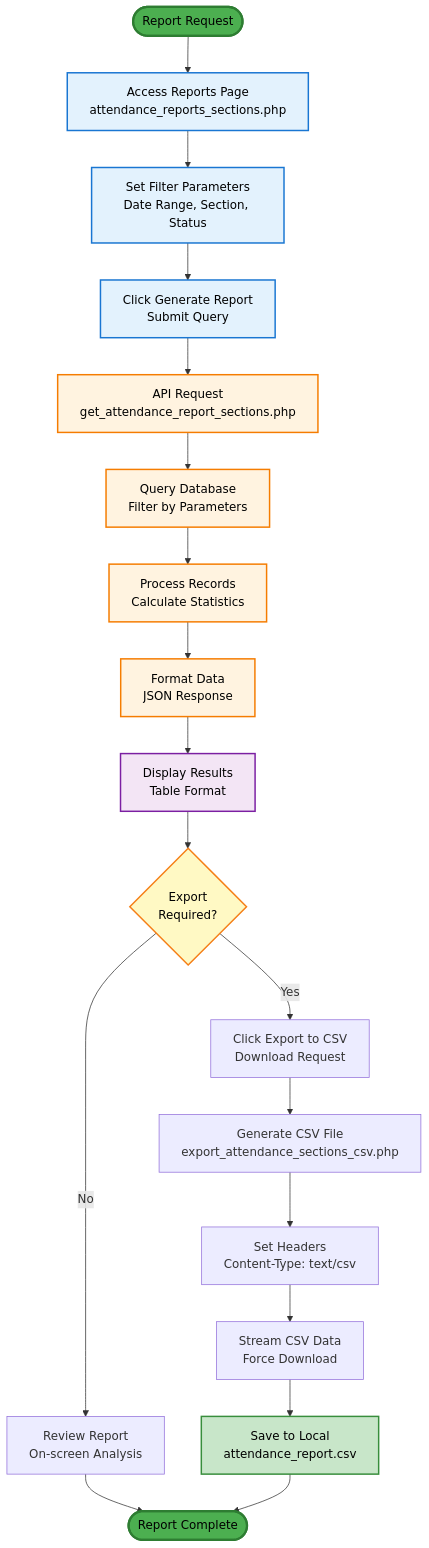
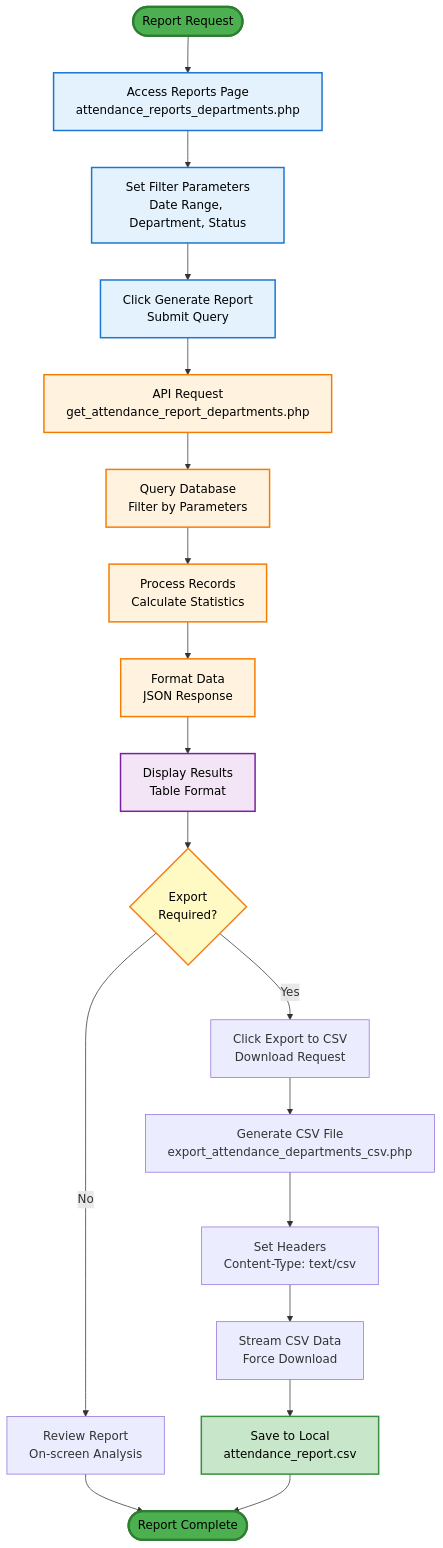
The sixth of 8 diagrams in GENERAL_PROCEDURE_FLOWCHART.md (TsmHabib03/EAT), drawn with Mermaid before and after one commit. The commit also changed other lines of this file and 64 other files, not shown here.

````diff
--- a/GENERAL_PROCEDURE_FLOWCHART.md
+++ b/GENERAL_PROCEDURE_FLOWCHART.md
@@ -267,47 +267,47 @@
 ```mermaid
 flowchart TD
-    Start([Report Request]) --> A[Access Reports Page<br/>attendance_reports_sections.php]
+    Start([Report Request]) --> A[Access Reports Page<br/>attendance_reports_departments.php]
     
-    A --> B[Set Filter Parameters<br/>Date Range, Section, Status]
+    A --> B[Set Filter Parameters<br/>Date Range, Department, Status]
     
     B --> C[Click Generate Report<br/>Submit Query]
     
-    C --> D[API Request<br/>get_attendance_report_sections.php]
+    C --> D[API Request<br/>get_attendance_report_departments.php]
     
     D --> E[Query Database<br/>Filter by Parameters]
     
     E --> F[Process Records<br/>Calculate Statistics]
     
     F --> G[Format Data<br/>JSON Response]
     
     G --> H[Display Results<br/>Table Format]
     
     H --> I{Export<br/>Required?}
     
     I -->|No| J[Review Report<br/>On-screen Analysis]
     I -->|Yes| K[Click Export to CSV<br/>Download Request]
     
-    K --> L[Generate CSV File<br/>export_attendance_sections_csv.php]
+    K --> L[Generate CSV File<br/>export_attendance_departments_csv.php]
     
     L --> M[Set Headers<br/>Content-Type: text/csv]
     
     M --> N[Stream CSV Data<br/>Force Download]
     
     N --> O[Save to Local<br/>attendance_report.csv]
     
     J --> End([Report Complete])
     O --> End
     
     style Start fill:#4CAF50,stroke:#2E7D32,stroke-width:3px,color:#000
     style End fill:#4CAF50,stroke:#2E7D32,stroke-width:3px,color:#000
     style I fill:#FFF9C4,stroke:#F57F17,stroke-width:2px,color:#000
     style A fill:#E3F2FD,stroke:#1976D2,stroke-width:2px,color:#000
     style B fill:#E3F2FD,stroke:#1976D2,stroke-width:2px,color:#000
     style C fill:#E3F2FD,stroke:#1976D2,stroke-width:2px,color:#000
     style D fill:#FFF3E0,stroke:#F57C00,stroke-width:2px,color:#000
     style E fill:#FFF3E0,stroke:#F57C00,stroke-width:2px,color:#000
     style F fill:#FFF3E0,stroke:#F57C00,stroke-width:2px,color:#000
     style G fill:#FFF3E0,stroke:#F57C00,stroke-width:2px,color:#000
     style H fill:#F3E5F5,stroke:#7B1FA2,stroke-width:2px,color:#000
     style O fill:#C8E6C9,stroke:#388E3C,stroke-width:2px,color:#000
 ```
````
